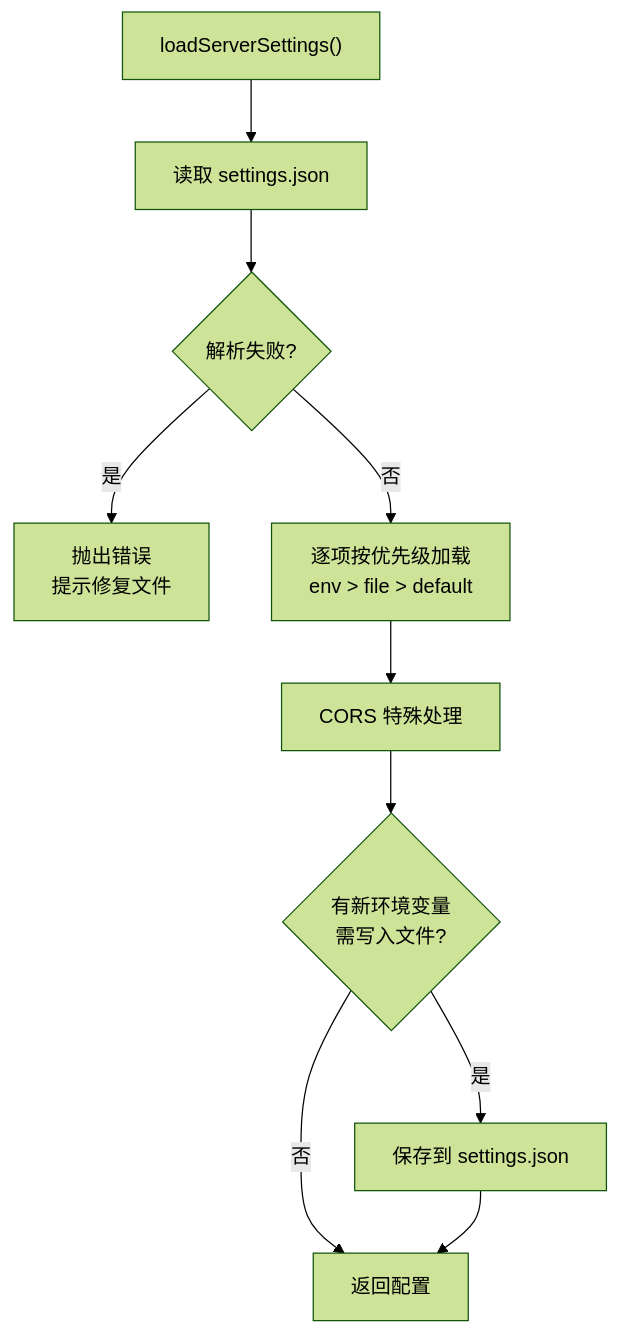
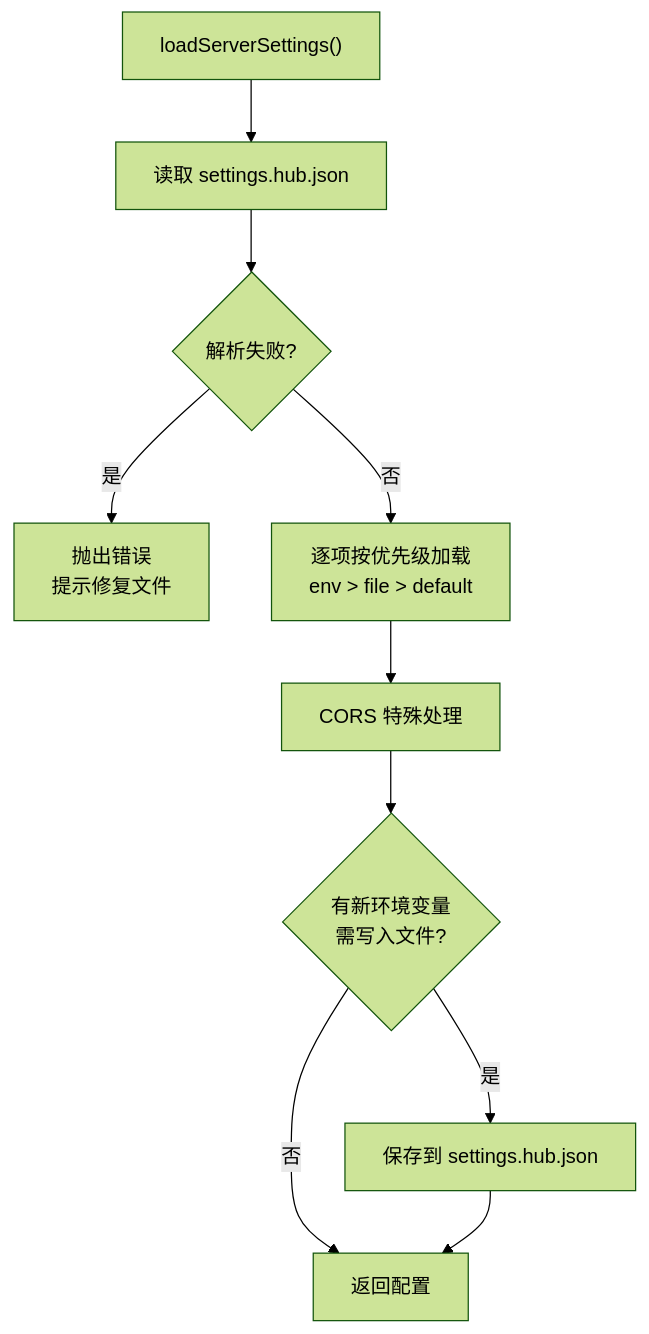
One commit to ModuBit/mobi changed the fourth of 6 diagrams in docs/architecture/hub/config/README.md. Above: the diagram before and after it, drawn with Mermaid (forest theme). The commit also changed other lines of this file and 37 other files, not shown here.

First line of the commit message:
feat(hub,cli,docs): 配置文件拆分 settings.hub.json + settings.cli.json，hub 与 cli 支持不同机器部署

````diff
--- a/docs/architecture/hub/config/README.md
+++ b/docs/architecture/hub/config/README.md
@@ -80,12 +105,12 @@
 ```mermaid
 flowchart TB
-    Load["loadServerSettings()"] --> ReadFile["读取 settings.json"]
+    Load["loadServerSettings()"] --> ReadFile["读取 settings.hub.json"]
     ReadFile --> ParseError{"解析失败?"}
     ParseError -->|是| Throw["抛出错误<br/>提示修复文件"]
     ParseError -->|否| Each["逐项按优先级加载<br/>env > file > default"]
     Each --> CORS["CORS 特殊处理"]
     CORS --> NewEnv{"有新环境变量<br/>需写入文件?"}
-    NewEnv -->|是| Save["保存到 settings.json"]
+    NewEnv -->|是| Save["保存到 settings.hub.json"]
     NewEnv -->|否| Return["返回配置"]
     Save --> Return
 ```
````
